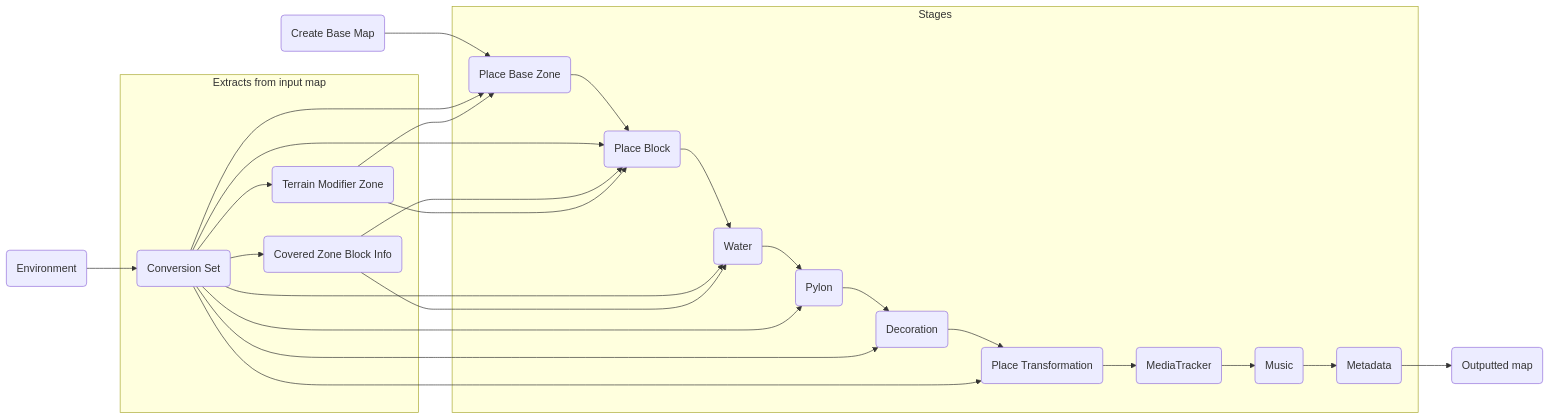
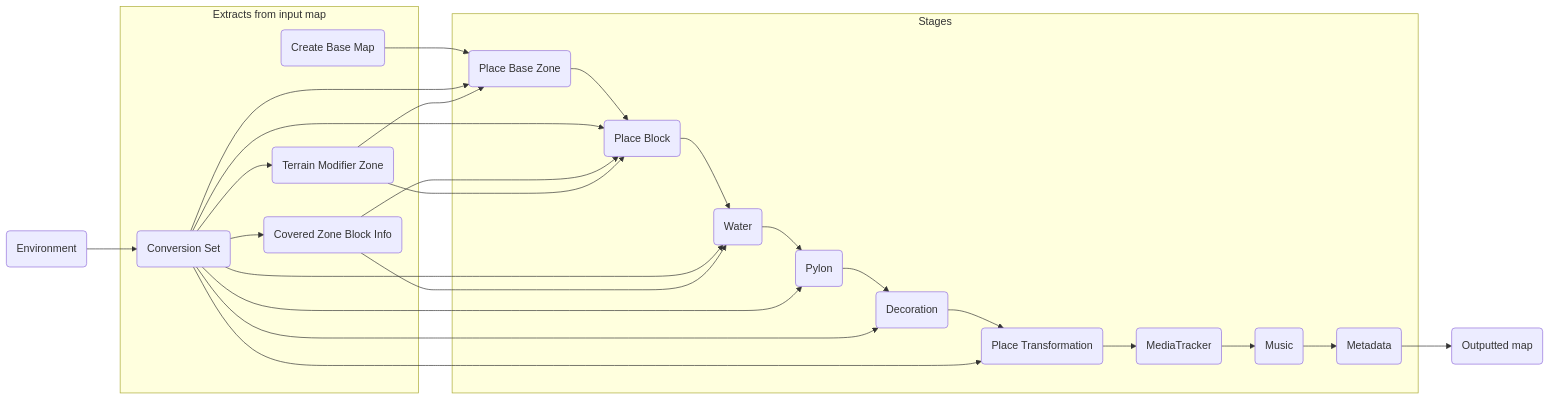
The diagram in README.md (BigBang1112/nations-converter), drawn with Mermaid before and after one commit.

Commit message:
Group it

````diff
--- a/README.md
+++ b/README.md
@@ -7,48 +7,49 @@
 ```mermaid
 graph LR
     X(Create Base Map)
     Z(Environment) --> ExA
     ExA(Conversion Set)
     ExA --> ExB(Covered Zone Block Info)
     ExA --> ExC(Terrain Modifier Zone)
     X --> A(Place Base Zone)
     A --> B(Place Block)
     B --> C(Water)
     C --> D(Pylon)
     D --> E(Decoration)
     E --> F(Place Transformation)
     F --> G(MediaTracker)
     G --> H(Music)
     H --> I(Metadata)
     I --> Y(Outputted map)
 
     ExA --> A
     ExA --> B
     ExA --> C
     ExA --> D
     ExA --> E
     ExA --> F
 
     ExB --> B
     ExB --> C
     ExC --> A
     ExC --> B
     
     subgraph Extracts from input map
+        X
         ExA
         ExB
         ExC
     end
 
     subgraph Stages
         A
         B
         C
         D
         E
         F
         G
         H
         I
     end
 ```
````
